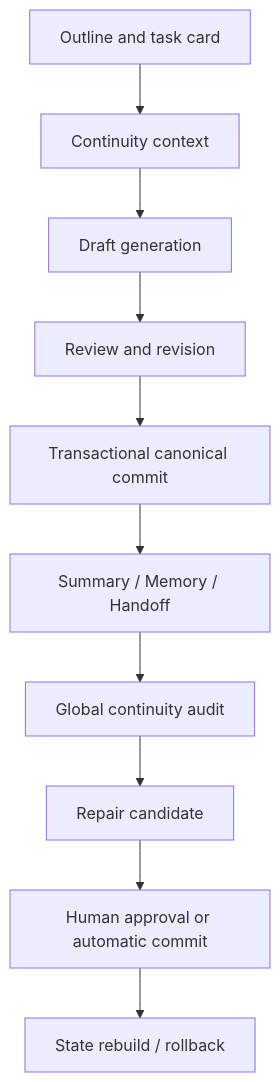
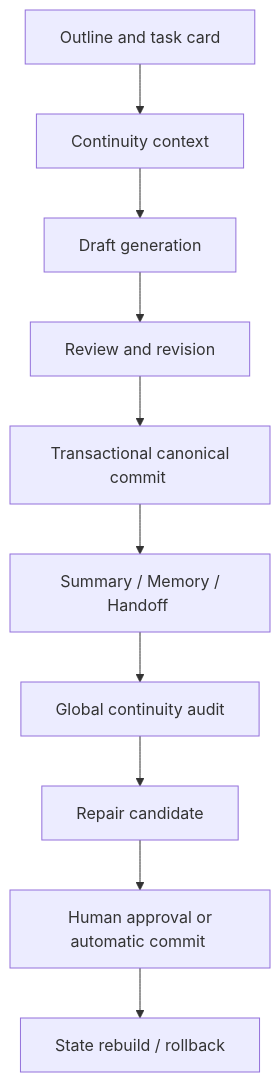
One commit to shjkea/NovelAgent changed the first of 3 diagrams in README_EN.md. Above: the diagram before and after it, drawn with Mermaid. The commit also changed other lines of this file and 1 other file, not shown here.

Commit message:
Fix Mermaid text clipping

````diff
--- a/README_EN.md
+++ b/README_EN.md
@@ -15,12 +15,12 @@
 ```mermaid
 flowchart TD
-    A["Outline and task card"] --> B["Continuity context"]
-    B --> C["Draft generation"]
-    C --> D["Review and revision"]
-    D --> E["Transactional canonical commit"]
-    E --> F["Summary / Memory / Handoff"]
-    F --> G["Global continuity audit"]
-    G --> H["Repair candidate"]
-    H --> I["Human approval or automatic commit"]
-    I --> J["State rebuild / rollback"]
+    A["&nbsp;Outline and task card&nbsp;"] --> B["&nbsp;Continuity context&nbsp;"]
+    B --> C["&nbsp;Draft generation&nbsp;"]
+    C --> D["&nbsp;Review and revision&nbsp;"]
+    D --> E["&nbsp;Transactional canonical commit&nbsp;"]
+    E --> F["&nbsp;Summary / Memory / Handoff&nbsp;"]
+    F --> G["&nbsp;Global continuity audit&nbsp;"]
+    G --> H["&nbsp;Repair candidate&nbsp;"]
+    H --> I["&nbsp;Human approval or automatic commit&nbsp;"]
+    I --> J["&nbsp;State rebuild / rollback&nbsp;"]
 ```
````
